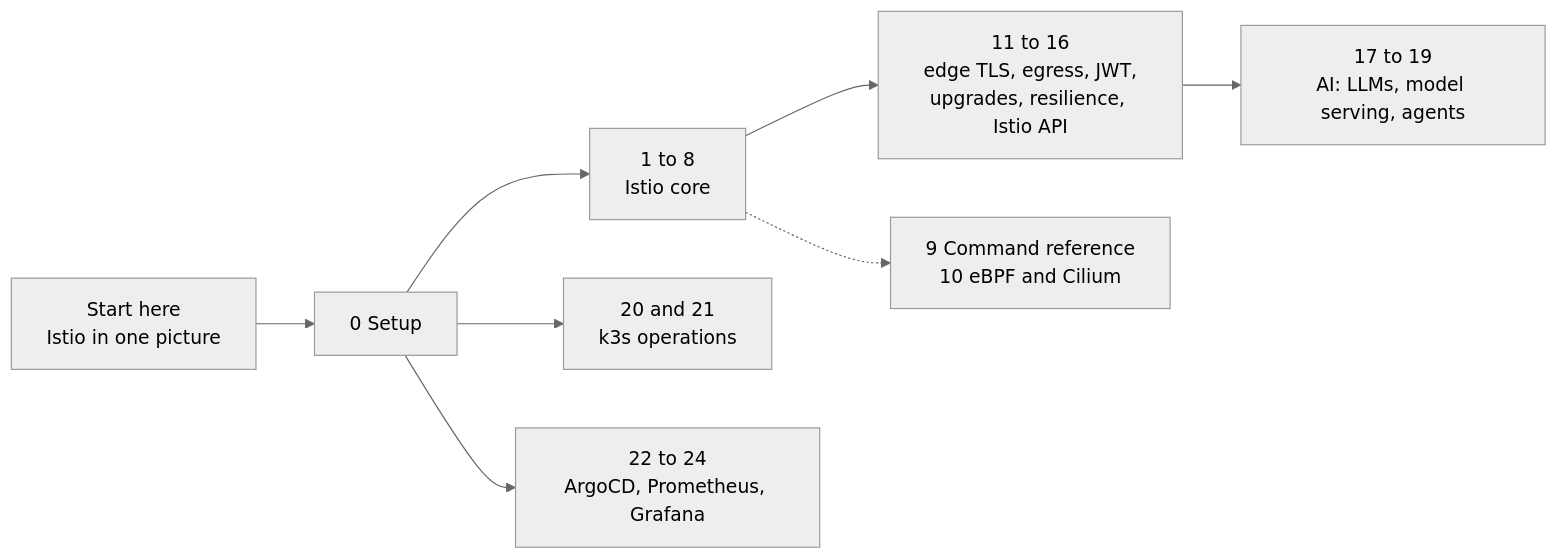
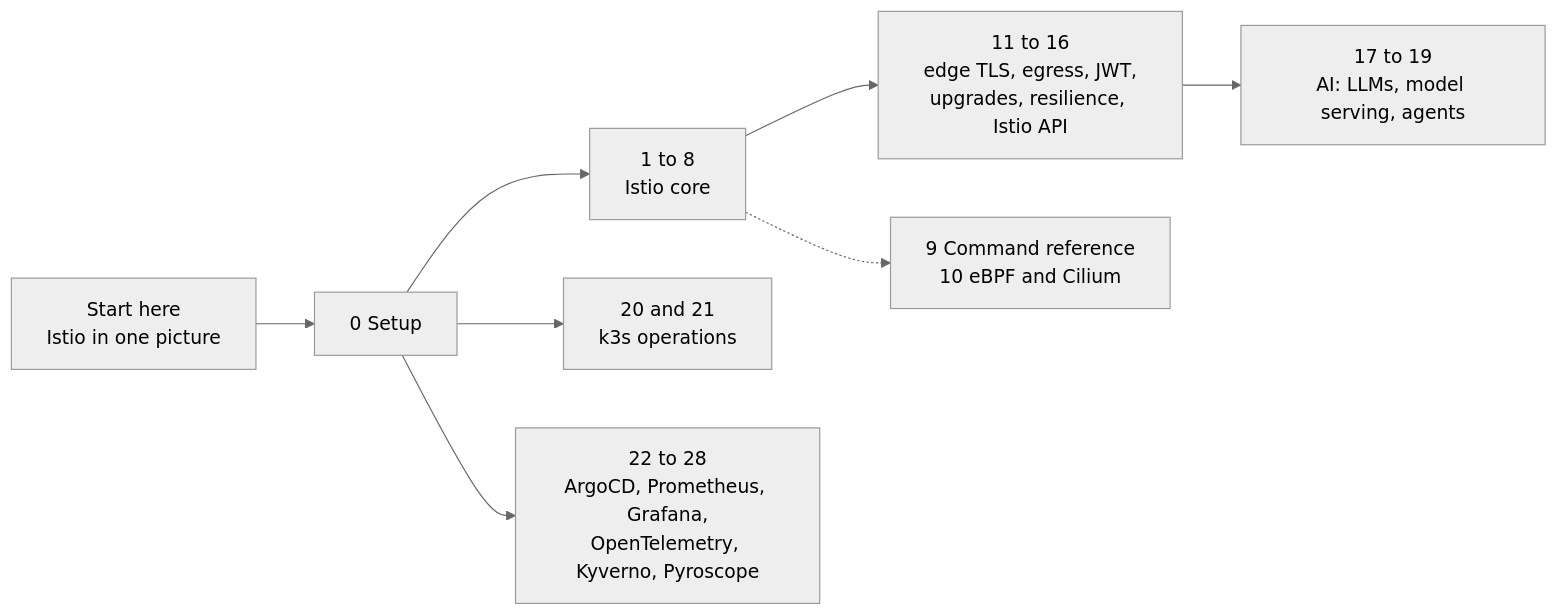
The diagram in course/README.md (miekuskamil/k8s_lab_macos), drawn with Mermaid (neutral theme) before and after one commit. The commit also changed other lines of this file and 73 other files, not shown here.

````diff
--- a/course/README.md
+++ b/course/README.md
@@ -39,10 +44,10 @@
 ```mermaid
 flowchart LR
   s["Start here<br/>Istio in one picture"] --> m0["0 Setup"]
   m0 --> core["1 to 8<br/>Istio core"]
   core --> adv["11 to 16<br/>edge TLS, egress, JWT,<br/>upgrades, resilience, Istio API"]
   adv --> ai["17 to 19<br/>AI: LLMs, model serving, agents"]
   m0 --> ops["20 and 21<br/>k3s operations"]
-  m0 --> plat["22 to 24<br/>ArgoCD, Prometheus, Grafana"]
+  m0 --> plat["22 to 28<br/>ArgoCD, Prometheus, Grafana,<br/>OpenTelemetry, Kyverno, Pyroscope"]
   core -.-> ref["9 Command reference<br/>10 eBPF and Cilium"]
 ```
````
